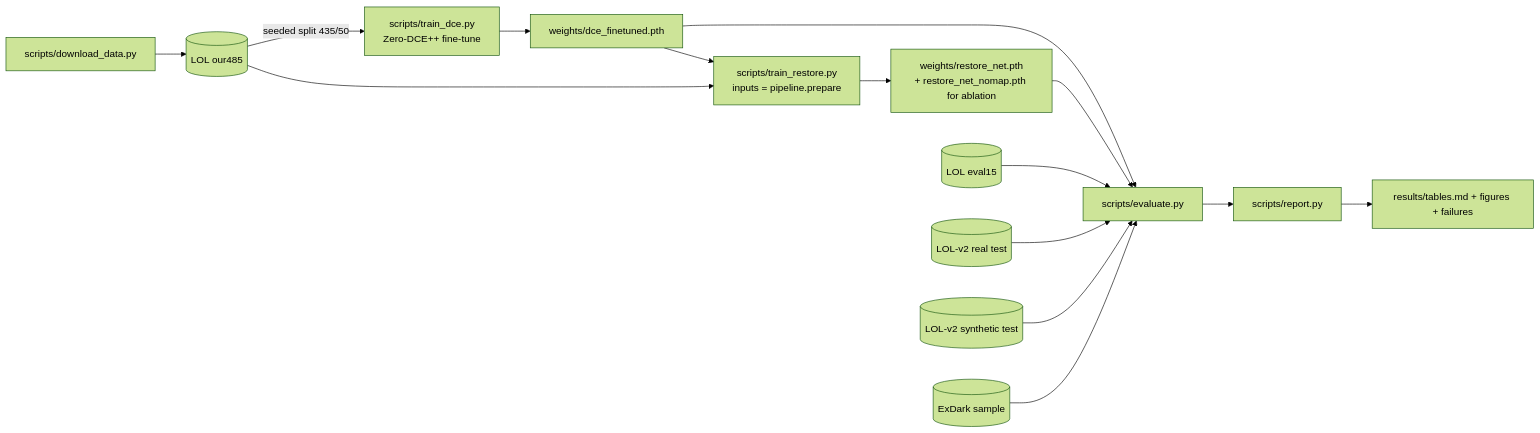
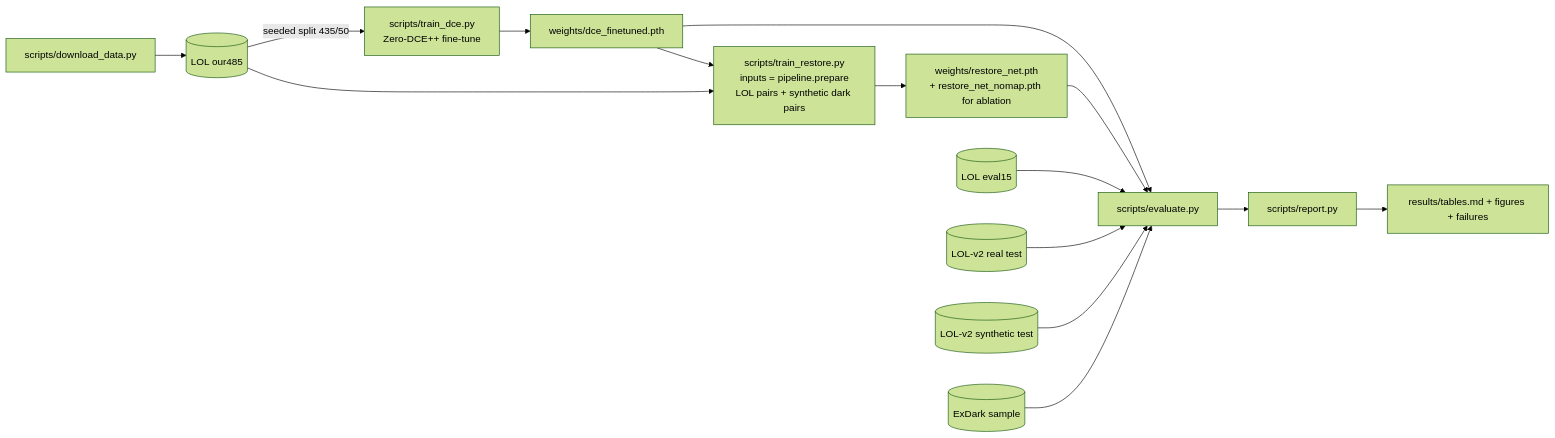
The second of 2 diagrams in docs/ARCHITECTURE.md (Karthik-sugur/lumina-lowlight), drawn with Mermaid (forest theme) before and after one commit. The commit also changed 34 other files, not shown here.

````diff
--- a/docs/ARCHITECTURE.md
+++ b/docs/ARCHITECTURE.md
@@ -70,12 +70,12 @@
 ```mermaid
 flowchart LR
     DL[scripts/download_data.py] --> LOL[(LOL our485)]
     LOL -->|seeded split 435/50| TD[scripts/train_dce.py<br/>Zero-DCE++ fine-tune]
     TD --> W1[weights/dce_finetuned.pth]
-    W1 --> TR[scripts/train_restore.py<br/>inputs = pipeline.prepare]
+    W1 --> TR[scripts/train_restore.py<br/>inputs = pipeline.prepare<br/>LOL pairs + synthetic dark pairs]
     LOL --> TR
     TR --> W2[weights/restore_net.pth<br/>+ restore_net_nomap.pth for ablation]
     W1 & W2 --> EV[scripts/evaluate.py]
     T1[(LOL eval15)] & T2[(LOL-v2 real test)] & T3[(LOL-v2 synthetic test)] & T4[(ExDark sample)] --> EV
     EV --> RP[scripts/report.py] --> R[results/tables.md + figures + failures]
 ```
````
